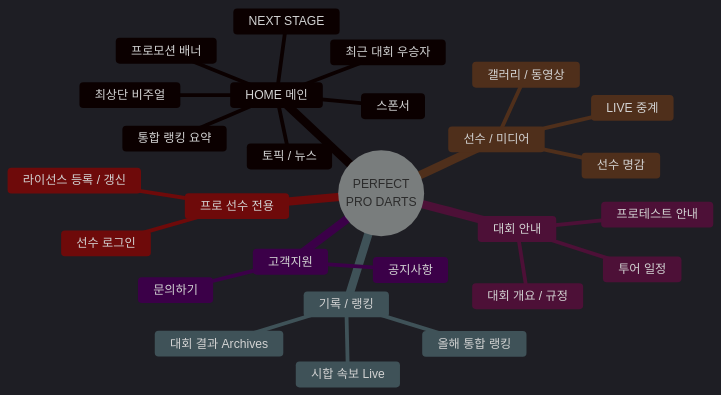
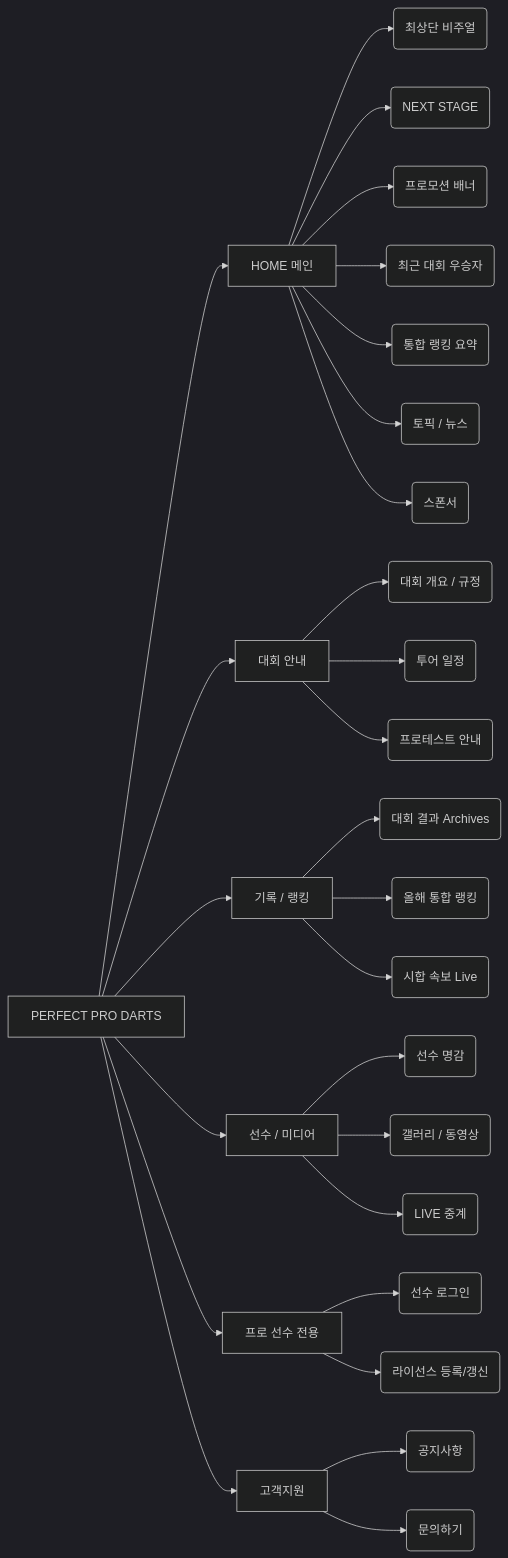
One commit to yuhyeon-uxui/phoenixdarts_prodarts changed the diagram in docs/implementation_plan.md. Above: the diagram before and after it, drawn with Mermaid (dark theme). The commit also changed 1 other file, not shown here.

Commit message:
docs: replace mindmap with clean graph LR for better readability

````diff
--- a/docs/implementation_plan.md
+++ b/docs/implementation_plan.md
@@ -24,31 +24,36 @@
 ```mermaid
-mindmap
-  root((PERFECT
-  PRO DARTS))
-    HOME 메인
-      최상단 비주얼
-      NEXT STAGE
-      프로모션 배너
-      최근 대회 우승자
-      통합 랭킹 요약
-      토픽 / 뉴스
-      스폰서
-    대회 안내
-      대회 개요 / 규정
-      투어 일정
-      프로테스트 안내
-    기록 / 랭킹
-      대회 결과 Archives
-      올해 통합 랭킹
-      시합 속보 Live
-    선수 / 미디어
-      선수 명감
-      갤러리 / 동영상
-      LIVE 중계
-    프로 선수 전용
-      선수 로그인
-      라이선스 등록 / 갱신
-    고객지원
-      공지사항
-      문의하기
+graph LR
+    Root[PERFECT PRO DARTS]
+    
+    Root --> A[HOME 메인]
+    A --> A1(최상단 비주얼)
+    A --> A2(NEXT STAGE)
+    A --> A3(프로모션 배너)
+    A --> A4(최근 대회 우승자)
+    A --> A5(통합 랭킹 요약)
+    A --> A6(토픽 / 뉴스)
+    A --> A7(스폰서)
+    
+    Root --> B[대회 안내]
+    B --> B1(대회 개요 / 규정)
+    B --> B2(투어 일정)
+    B --> B3(프로테스트 안내)
+    
+    Root --> C[기록 / 랭킹]
+    C --> C1(대회 결과 Archives)
+    C --> C2(올해 통합 랭킹)
+    C --> C3(시합 속보 Live)
+    
+    Root --> D[선수 / 미디어]
+    D --> D1(선수 명감)
+    D --> D2(갤러리 / 동영상)
+    D --> D3(LIVE 중계)
+    
+    Root --> E[프로 선수 전용]
+    E --> E1(선수 로그인)
+    E --> E2(라이선스 등록/갱신)
+    
+    Root --> F[고객지원]
+    F --> F1(공지사항)
+    F --> F2(문의하기)
 ```
````
